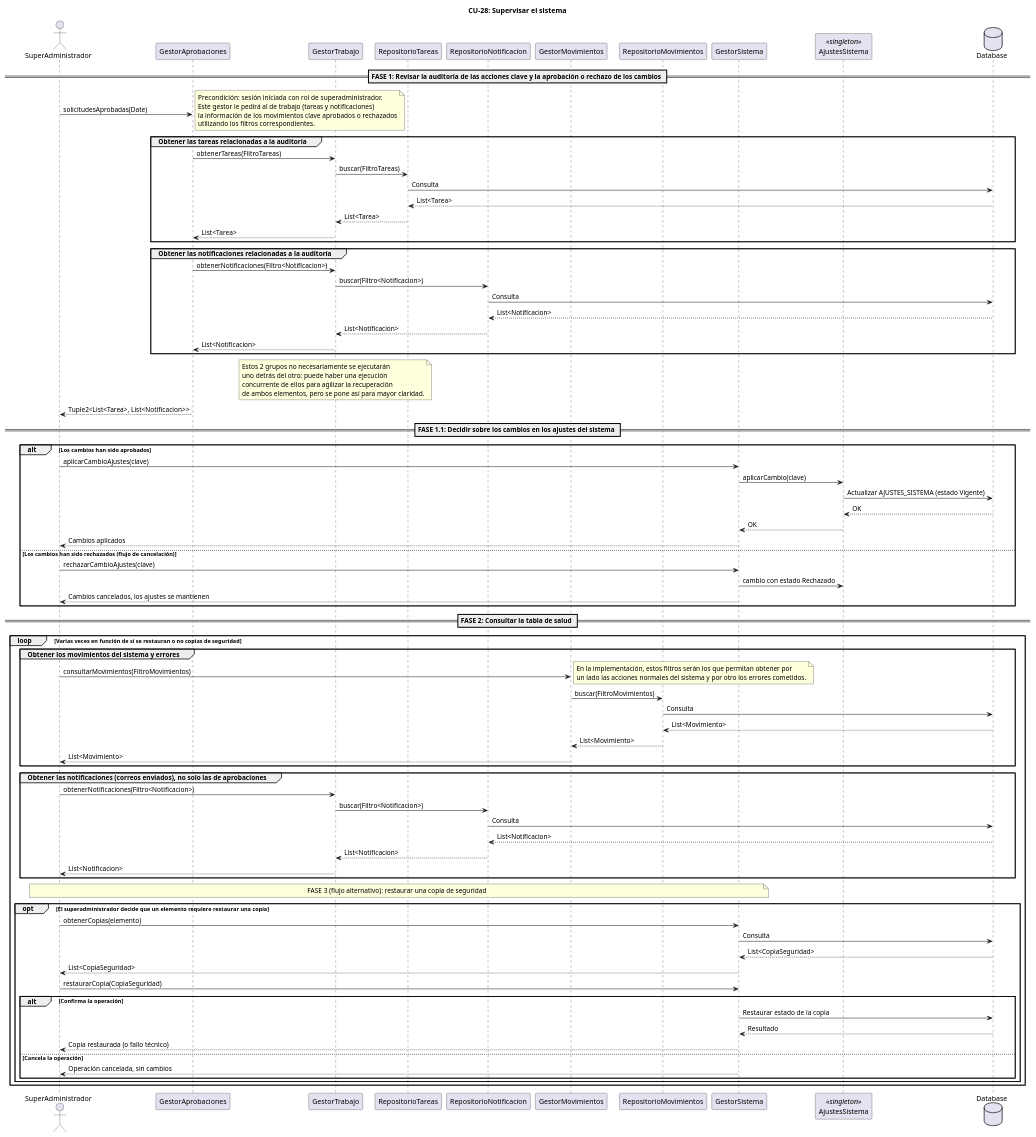
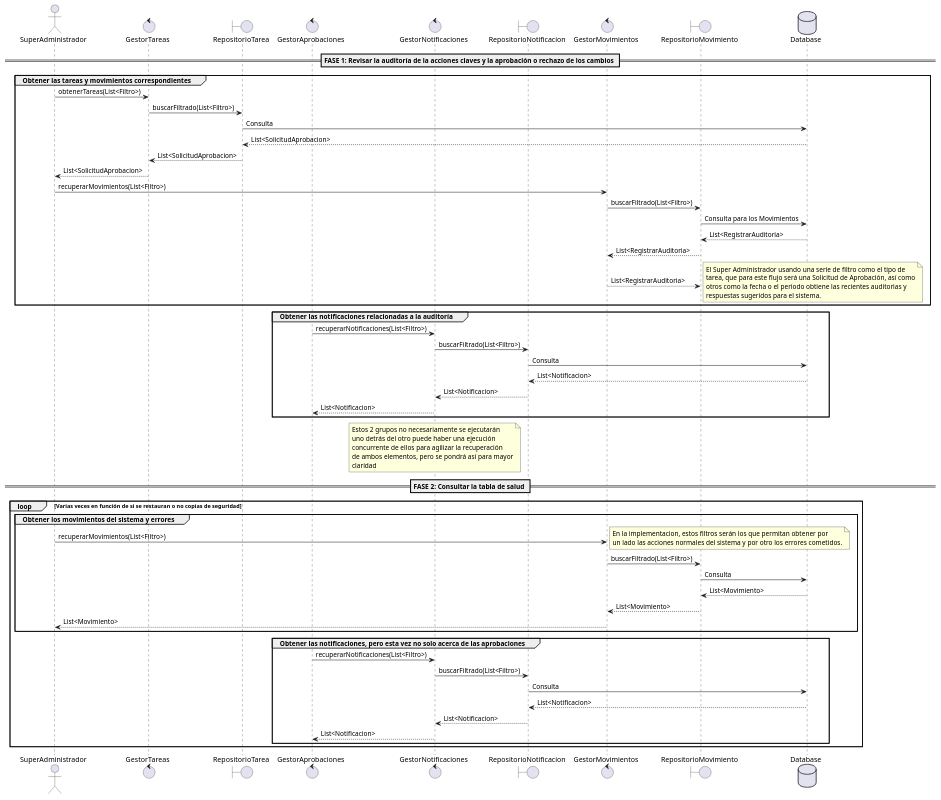
The diagram in entrega2/diagramas/secuencias/CU-28.puml (Vertossse/Elefantes), drawn with PlantUML before and after one commit. The commit also changed 9 other files, not shown here.

```diff
--- a/entrega2/diagramas/secuencias/CU-28.puml
+++ b/entrega2/diagramas/secuencias/CU-28.puml
@@ -1,107 +1,77 @@
 @startuml
-title CU-28: Supervisar el sistema
 
-actor SuperAdministrador
-participant GestorAprobaciones
-participant GestorTrabajo
-participant RepositorioTareas
-participant RepositorioNotificacion
-participant GestorMovimientos
-participant RepositorioMovimientos
-participant GestorSistema
-participant AjustesSistema <<singleton>>
+actor SuperAdministrador 
 database Database
+control GestorTareas 
+boundary RepositorioTarea 
+control GestorAprobaciones
+control GestorNotificaciones
+boundary RepositorioNotificacion
+control GestorMovimientos
+boundary RepositorioMovimiento
+== FASE 1: Revisar la auditoría de la acciones claves y la aprobación o rechazo de los cambios == 
+group Obtener las tareas y movimientos correspondientes 
+SuperAdministrador -> GestorTareas : obtenerTareas(List<Filtro>)
+GestorTareas -> RepositorioTarea : buscarFiltrado(List<Filtro>)
+RepositorioTarea -> Database : Consulta 
+Database --> RepositorioTarea : List<SolicitudAprobacion>
+RepositorioTarea --> GestorTareas : List<SolicitudAprobacion>
+GestorTareas --> SuperAdministrador : List<SolicitudAprobacion> 
 
-== FASE 1: Revisar la auditoría de las acciones clave y la aprobación o rechazo de los cambios ==
-SuperAdministrador -> GestorAprobaciones : solicitudesAprobadas(Date)
-note right
-Precondición: sesión iniciada con rol de superadministrador.
-Este gestor le pedirá al de trabajo (tareas y notificaciones)
-la información de los movimientos clave aprobados o rechazados
-utilizando los filtros correspondientes.
-end note
-
-group Obtener las tareas relacionadas a la auditoría
-  GestorAprobaciones -> GestorTrabajo : obtenerTareas(FiltroTareas)
-  GestorTrabajo -> RepositorioTareas : buscar(FiltroTareas)
-  RepositorioTareas -> Database : Consulta
-  Database --> RepositorioTareas : List<Tarea>
-  RepositorioTareas --> GestorTrabajo : List<Tarea>
-  GestorTrabajo --> GestorAprobaciones : List<Tarea>
-end group
+SuperAdministrador -> GestorMovimientos : recuperarMovimientos(List<Filtro>)
+GestorMovimientos -> RepositorioMovimiento : buscarFiltrado(List<Filtro>)
+RepositorioMovimiento -> Database : Consulta para los Movimientos 
+Database --> RepositorioMovimiento : List<RegistrarAuditoria>
+RepositorioMovimiento --> GestorMovimientos : List<RegistrarAuditoria>
+GestorMovimientos --> RepositorioMovimiento : List<RegistrarAuditoria>
+note right 
+El Super Administrador usando una serie de filtro como el tipo de 
+tarea, que para este flujo será una Solicitud de Aprobación, así como
+otros como la fecha o el periodo obtiene las recientes auditorias y 
+respuestas sugeridos para el sistema. 
+end note 
+end group 
 
 group Obtener las notificaciones relacionadas a la auditoría
-  GestorAprobaciones -> GestorTrabajo : obtenerNotificaciones(Filtro<Notificacion>)
-  GestorTrabajo -> RepositorioNotificacion : buscar(Filtro<Notificacion>)
-  RepositorioNotificacion -> Database : Consulta
+GestorAprobaciones -> GestorNotificaciones : recuperarNotificaciones(List<Filtro>)
+GestorNotificaciones -> RepositorioNotificacion : buscarFiltrado(List<Filtro>)
+RepositorioNotificacion -> Database : Consulta 
+Database --> RepositorioNotificacion : List<Notificacion>
+RepositorioNotificacion --> GestorNotificaciones : List<Notificacion>
+GestorNotificaciones --> GestorAprobaciones : List<Notificacion>  
+end group 
+
+note over GestorNotificaciones
+Estos 2 grupos no necesariamente se ejecutarán
+uno detrás del otro puede haber una ejecución 
+concurrente de ellos para agilizar la recuperación
+de ambos elementos, pero se pondrá así para mayor
+claridad
+end note 
+
+== FASE 2: Consultar la tabla de salud == 
+loop Varias veces en función de si se restauran o no copias de seguridad 
+  group Obtener los movimientos del sistema y errores 
+  SuperAdministrador -> GestorMovimientos : recuperarMovimientos(List<Filtro>)
+  note right 
+  En la implementacion, estos filtros serán los que permitan obtener por
+  un lado las acciones normales del sistema y por otro los errores cometidos.
+  end note
+  GestorMovimientos -> RepositorioMovimiento : buscarFiltrado(List<Filtro>)
+  RepositorioMovimiento -> Database : Consulta 
+  Database --> RepositorioMovimiento : List<Movimiento>
+  RepositorioMovimiento --> GestorMovimientos : List<Movimiento>
+  GestorMovimientos --> SuperAdministrador : List<Movimiento>
+  end group 
+
+  group Obtener las notificaciones, pero esta vez no solo acerca de las aprobaciones 
+  GestorAprobaciones -> GestorNotificaciones : recuperarNotificaciones(List<Filtro>)
+  GestorNotificaciones -> RepositorioNotificacion : buscarFiltrado(List<Filtro>)
+  RepositorioNotificacion -> Database : Consulta 
   Database --> RepositorioNotificacion : List<Notificacion>
-  RepositorioNotificacion --> GestorTrabajo : List<Notificacion>
-  GestorTrabajo --> GestorAprobaciones : List<Notificacion>
-end group
-
-note over GestorTrabajo
-Estos 2 grupos no necesariamente se ejecutarán
-uno detrás del otro: puede haber una ejecución
-concurrente de ellos para agilizar la recuperación
-de ambos elementos, pero se pone así para mayor claridad.
-end note
-
-GestorAprobaciones --> SuperAdministrador : Tuple2<List<Tarea>, List<Notificacion>>
-
-== FASE 1.1: Decidir sobre los cambios en los ajustes del sistema ==
-alt Los cambios han sido aprobados
-  SuperAdministrador -> GestorSistema : aplicarCambioAjustes(clave)
-  GestorSistema -> AjustesSistema : aplicarCambio(clave)
-  AjustesSistema -> Database : Actualizar AJUSTES_SISTEMA (estado Vigente)
-  Database --> AjustesSistema : OK
-  AjustesSistema --> GestorSistema : OK
-  GestorSistema --> SuperAdministrador : Cambios aplicados
-else Los cambios han sido rechazados (flujo de cancelación)
-  SuperAdministrador -> GestorSistema : rechazarCambioAjustes(clave)
-  GestorSistema -> AjustesSistema : cambio con estado Rechazado
-  GestorSistema --> SuperAdministrador : Cambios cancelados, los ajustes se mantienen
-end
-
-== FASE 2: Consultar la tabla de salud ==
-loop Varias veces en función de si se restauran o no copias de seguridad
-  group Obtener los movimientos del sistema y errores
-    SuperAdministrador -> GestorMovimientos : consultarMovimientos(FiltroMovimientos)
-    note right
-    En la implementación, estos filtros serán los que permitan obtener por
-    un lado las acciones normales del sistema y por otro los errores cometidos.
-    end note
-    GestorMovimientos -> RepositorioMovimientos : buscar(FiltroMovimientos)
-    RepositorioMovimientos -> Database : Consulta
-    Database --> RepositorioMovimientos : List<Movimiento>
-    RepositorioMovimientos --> GestorMovimientos : List<Movimiento>
-    GestorMovimientos --> SuperAdministrador : List<Movimiento>
-  end group
-
-  group Obtener las notificaciones (correos enviados), no solo las de aprobaciones
-    SuperAdministrador -> GestorTrabajo : obtenerNotificaciones(Filtro<Notificacion>)
-    GestorTrabajo -> RepositorioNotificacion : buscar(Filtro<Notificacion>)
-    RepositorioNotificacion -> Database : Consulta
-    Database --> RepositorioNotificacion : List<Notificacion>
-    RepositorioNotificacion --> GestorTrabajo : List<Notificacion>
-    GestorTrabajo --> SuperAdministrador : List<Notificacion>
-  end group
-
-  note over SuperAdministrador, GestorSistema : FASE 3 (flujo alternativo): restaurar una copia de seguridad
-  opt El superadministrador decide que un elemento requiere restaurar una copia
-    SuperAdministrador -> GestorSistema : obtenerCopias(elemento)
-    GestorSistema -> Database : Consulta
-    Database --> GestorSistema : List<CopiaSeguridad>
-    GestorSistema --> SuperAdministrador : List<CopiaSeguridad>
-
-    SuperAdministrador -> GestorSistema : restaurarCopia(CopiaSeguridad)
-    alt Confirma la operación
-      GestorSistema -> Database : Restaurar estado de la copia
-      Database --> GestorSistema : Resultado
-      GestorSistema --> SuperAdministrador : Copia restaurada (o fallo técnico)
-    else Cancela la operación
-      GestorSistema --> SuperAdministrador : Operación cancelada, sin cambios
-    end
-  end
+  RepositorioNotificacion --> GestorNotificaciones : List<Notificacion>
+  GestorNotificaciones --> GestorAprobaciones : List<Notificacion> 
+  end group 
 end loop
-
-@enduml
+database Database 
+@enduml 
```
